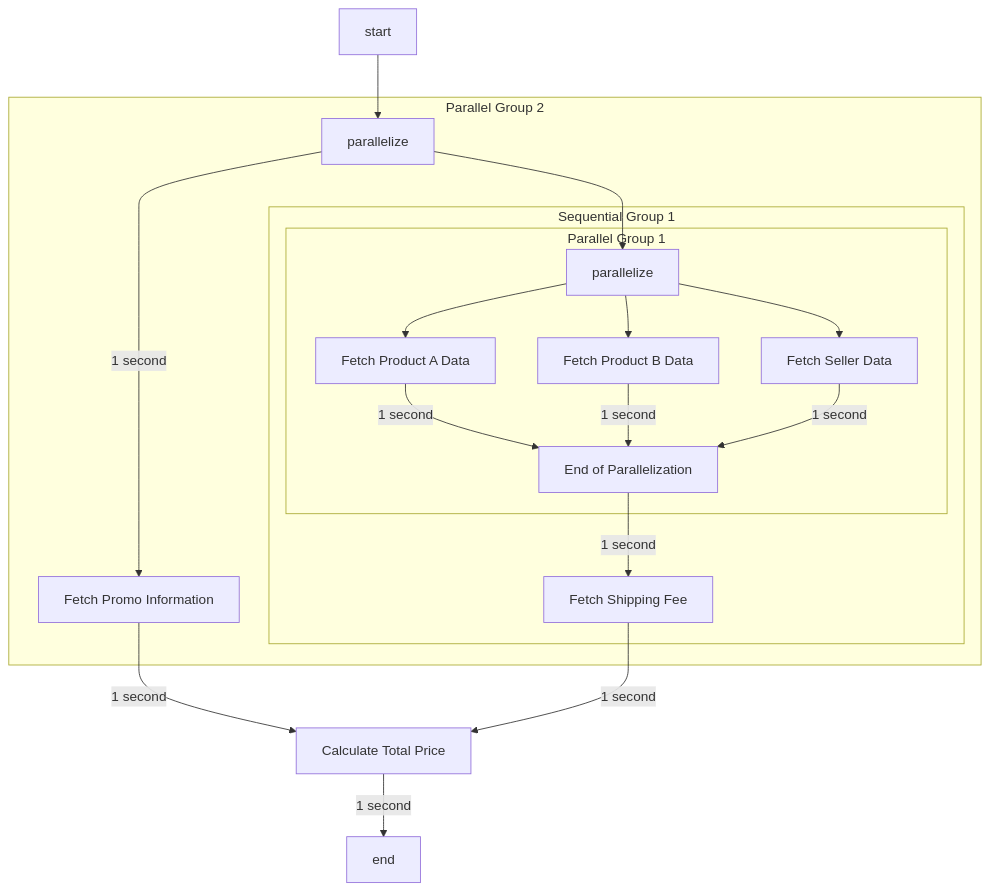
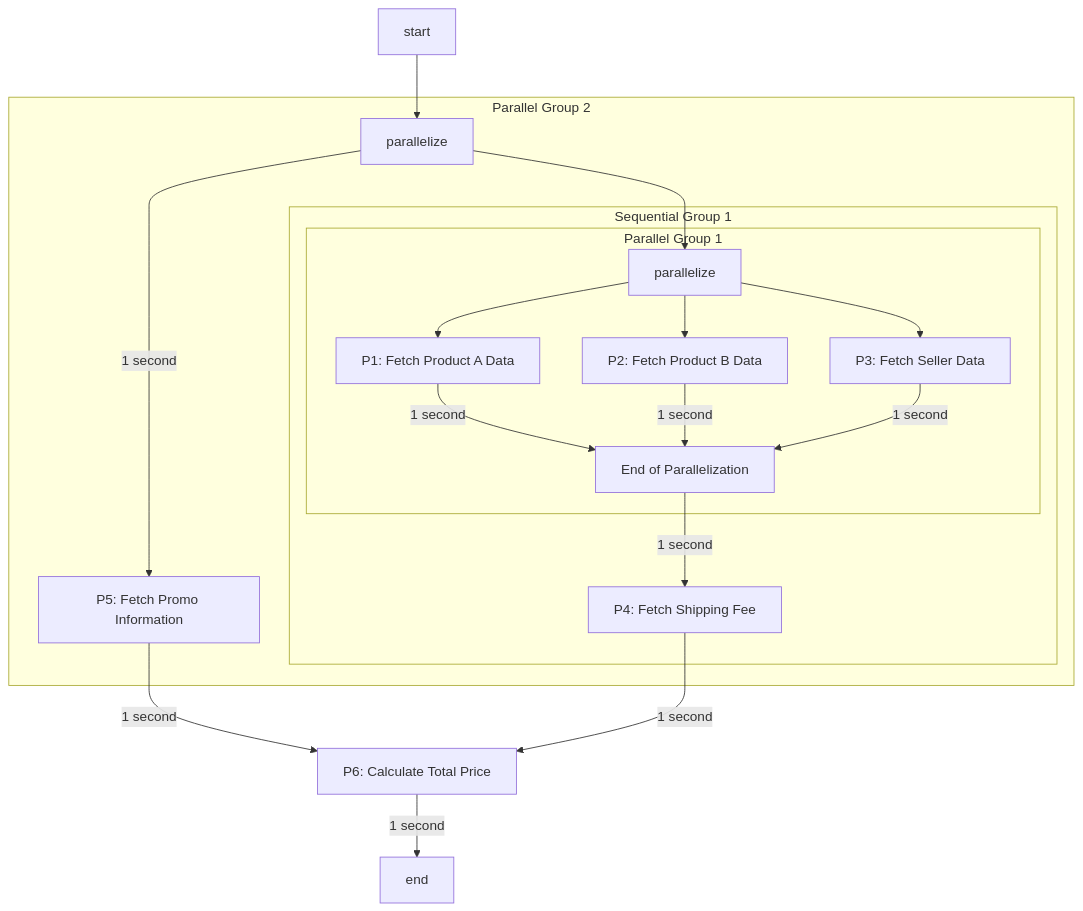
Before and after one commit to zhorifiandi/zhorifiandi.github.io: the second of 2 diagrams in _posts/2022-11-25-optimize-latency-using-parallelization-in-go.md, drawn with Mermaid. The commit also changed other lines of this file, not shown here.

Commit message:
fix: headers (2)

```diff
--- a/_posts/2022-11-25-optimize-latency-using-parallelization-in-go.md
+++ b/_posts/2022-11-25-optimize-latency-using-parallelization-in-go.md
@@ -81,24 +81,24 @@
 <pre class="mermaid">
 graph TD
 
     start-->p0[parallelize]
     p0-->p1[parallelize]
     subgraph Parallel Group 2
         subgraph Sequential Group 1
             subgraph Parallel Group 1
-                p1-->Process1[Fetch Product A Data]
-                p1-->Process2[Fetch Product B Data]
-                p1-->Process3[Fetch Seller Data]
+                p1-->Process1[P1: Fetch Product A Data]
+                p1-->Process2[P2: Fetch Product B Data]
+                p1-->Process3[P3: Fetch Seller Data]
                 Process1-->|1 second|e1[End of Parallelization]
                 Process2-->|1 second|e1
                 Process3-->|1 second|e1
             end
-            e1 -->|1 second| Process4[Fetch Shipping Fee]
+            e1 -->|1 second| Process4[P4: Fetch Shipping Fee]
         end
-        p0 -->|1 second| Process5[Fetch Promo Information]
+        p0 -->|1 second| Process5[P5: Fetch Promo Information]
     end
-    Process5 -->|1 second| Process6[Calculate Total Price]
+    Process5 -->|1 second| Process6[P6: Calculate Total Price]
     Process4-->|1 second|Process6
     Process6 -->|1 second| e[end]
     
 </pre>
```
